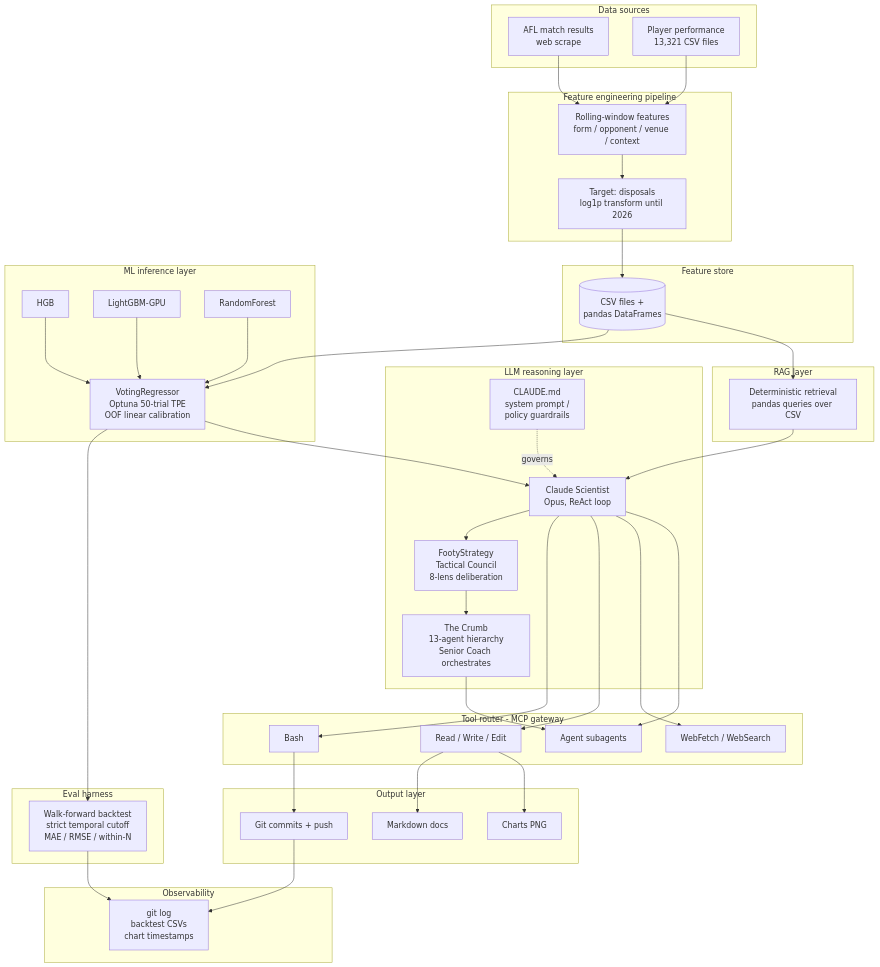
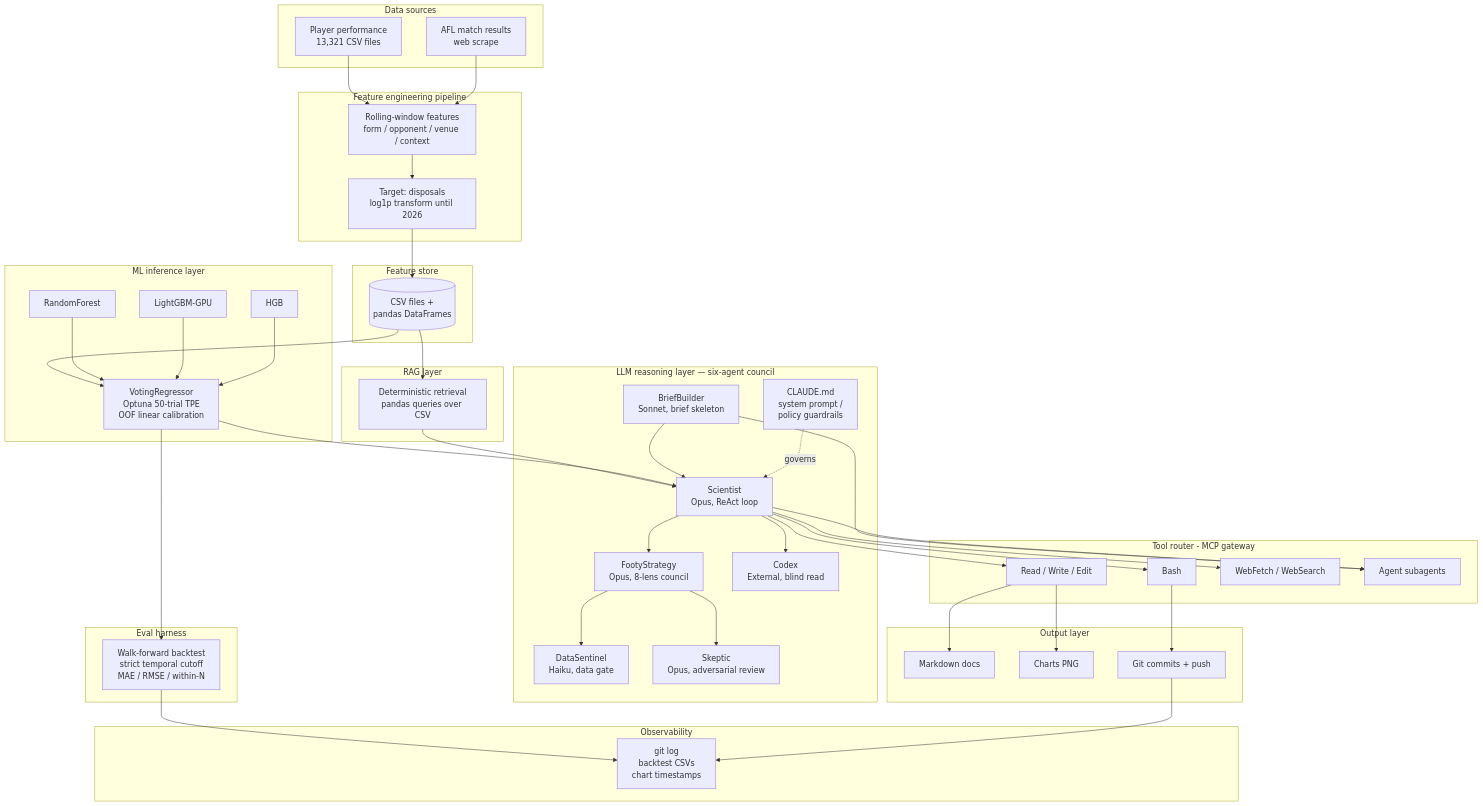
The diagram in docs/ai-architecture.md (apur27/SuperCoach-VIA), drawn with Mermaid before and after one commit. The commit also changed other lines of this file and 1 other file, not shown here.

First line of the commit message:
Scientist: add six-agent council section to ai-architecture.md and full coaching-guide.md update

```diff
--- a/docs/ai-architecture.md
+++ b/docs/ai-architecture.md
@@ -36,14 +36,20 @@
         D3 --> D4
     end
 
-    subgraph LLM["LLM reasoning layer"]
-        E1[Claude Scientist<br/>Opus, ReAct loop]
+    subgraph LLM["LLM reasoning layer — six-agent council"]
+        E1[Scientist<br/>Opus, ReAct loop]
         E2[CLAUDE.md<br/>system prompt /<br/>policy guardrails]
-        E3[FootyStrategy<br/>Tactical Council<br/>8-lens deliberation]
-        E4[The Crumb<br/>13-agent hierarchy<br/>Senior Coach orchestrates]
+        E3[FootyStrategy<br/>Opus, 8-lens council]
+        E4[BriefBuilder<br/>Sonnet, brief skeleton]
+        E5[DataSentinel<br/>Haiku, data gate]
+        E6[Skeptic<br/>Opus, adversarial review]
+        E7[Codex<br/>External, blind read]
         E2 -.governs.-> E1
+        E4 --> E1
         E1 --> E3
-        E3 --> E4
+        E3 --> E5
+        E3 --> E6
+        E1 --> E7
     end
 
     subgraph Tools["Tool router - MCP gateway"]
```
